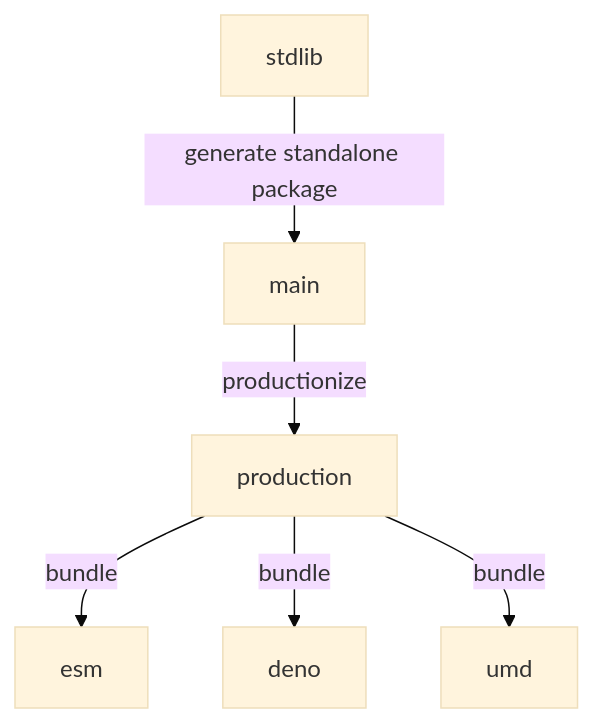
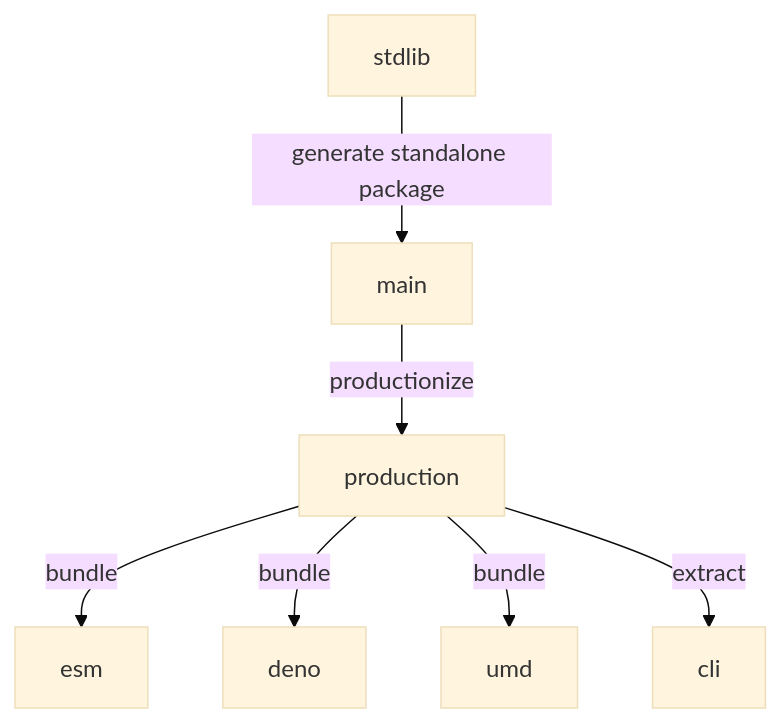
Before and after one commit to stdlib-js/assert-has-bigint64array-support: the diagram in branches.md, drawn with Mermaid (base theme). The commit also changed other lines of this file and 8 other files, not shown here.

````diff
--- a/branches.md
+++ b/branches.md
@@ -33,15 +34,17 @@
 ```mermaid
 graph TD;
 A[stdlib]-->|generate standalone package|B;
 B[main] -->|productionize| C[production];
 C -->|bundle| D[esm];
 C -->|bundle| E[deno];
 C -->|bundle| F[umd];
+C -->|extract| G[cli];
 
-click A href "https://github.com/stdlib-js/stdlib/tree/develop/lib/node_modules/%40stdlib/assert/has-bigint64array-support"
-click B href "https://github.com/stdlib-js/assert-has-bigint64array-support/tree/main"
-click C href "https://github.com/stdlib-js/assert-has-bigint64array-support/tree/production"
-click D href "https://github.com/stdlib-js/assert-has-bigint64array-support/tree/esm"
-click E href "https://github.com/stdlib-js/assert-has-bigint64array-support/tree/deno"
-click F href "https://github.com/stdlib-js/assert-has-bigint64array-support/tree/umd"
+%% click A href "https://github.com/stdlib-js/stdlib/tree/develop/lib/node_modules/%40stdlib/assert/has-bigint64array-support"
+%% click B href "https://github.com/stdlib-js/assert-has-bigint64array-support/tree/main"
+%% click C href "https://github.com/stdlib-js/assert-has-bigint64array-support/tree/production"
+%% click D href "https://github.com/stdlib-js/assert-has-bigint64array-support/tree/esm"
+%% click E href "https://github.com/stdlib-js/assert-has-bigint64array-support/tree/deno"
+%% click F href "https://github.com/stdlib-js/assert-has-bigint64array-support/tree/umd"
+%% click G href "https://github.com/stdlib-js/assert-has-bigint64array-support/tree/cli"
 ```
````
